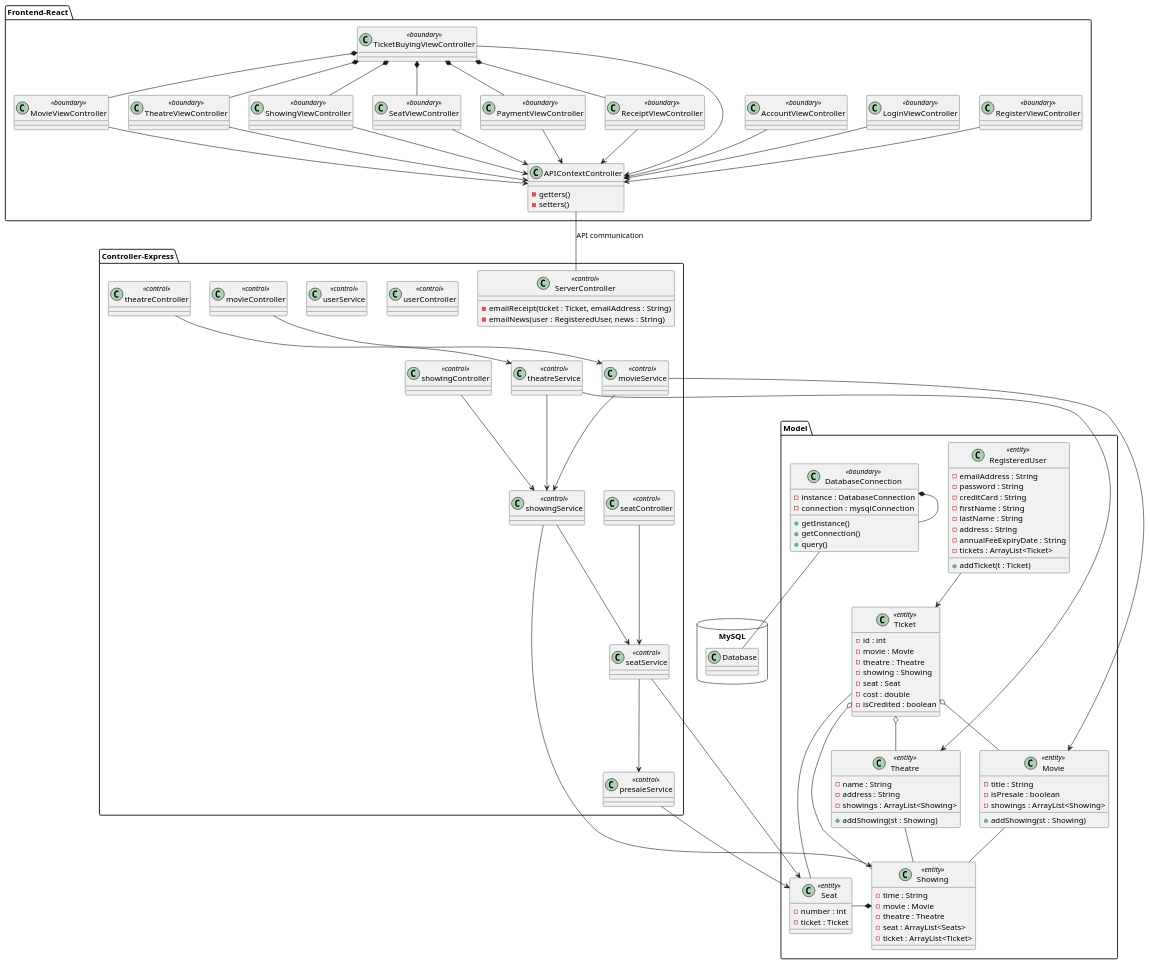
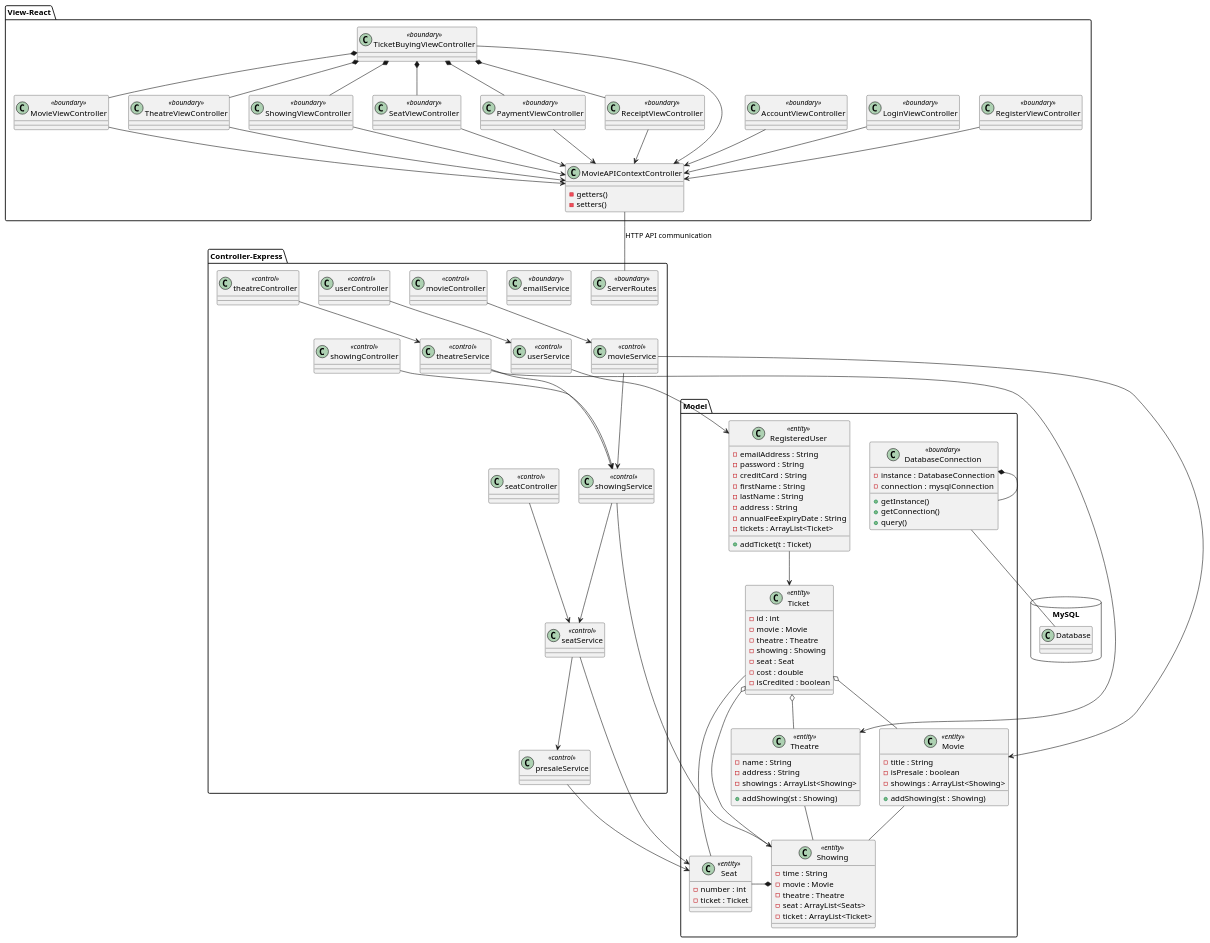
The diagram in DesignDocuments/Diagrams/class_diagram.plantuml (folkg/movie-ticket-reservation-app), drawn with PlantUML before and after one commit. The commit also changed 2 other files, not shown here.

Commit message:
refactor User class, update UML

```diff
--- a/DesignDocuments/Diagrams/class_diagram.plantuml
+++ b/DesignDocuments/Diagrams/class_diagram.plantuml
@@ -1,180 +1,186 @@
 @startuml relationships
 
 package Model {
     class Movie <<entity>> {
         - title : String
         - isPresale : boolean
         - showings : ArrayList<Showing>
         + addShowing(st : Showing)
     }
 
     class Theatre <<entity>> {
         - name : String
         - address : String
         - showings : ArrayList<Showing>
         + addShowing(st : Showing)
     }
 
     class Showing <<entity>> {
         - time : String
         - movie : Movie
         - theatre : Theatre
         - seat : ArrayList<Seats>
         - ticket : ArrayList<Ticket>
     }
 
     class Seat <<entity>> {
         - number : int
         - ticket : Ticket
     }
 
     class Ticket <<entity>> {
         - id : int
         - movie : Movie
         - theatre : Theatre
         - showing : Showing
         - seat : Seat
         - cost : double
         - isCredited : boolean
     }
 
     class RegisteredUser <<entity>> {
         - emailAddress : String
         - password : String
         - creditCard : String
         - firstName : String
         - lastName : String
         - address : String
         - annualFeeExpiryDate : String
         - tickets : ArrayList<Ticket>
         + addTicket(t : Ticket)
     }
 
     class DatabaseConnection <<boundary>> {
         - instance : DatabaseConnection
         - connection :  mysqlConnection
         + getInstance()
         + getConnection()
         + query()
     }
 }
 
-package Frontend-React {
+package View-React {
     class RegisterViewController <<boundary>> {
 
     }
     class LoginViewController <<boundary>> {
 
     }
     class AccountViewController <<boundary>> {
 
     }
     class TicketBuyingViewController <<boundary>> {
 
     }
     class MovieViewController <<boundary>> {
 
     }
     class TheatreViewController <<boundary>> {
 
     }
     class ShowingViewController <<boundary>> {
 
     }
     class SeatViewController <<boundary>> {
 
     }
     class PaymentViewController <<boundary>> {
 
     }
     class ReceiptViewController <<boundary>> {
 
     }
 
-    class APIContextController {
+    class MovieAPIContextController {
         ' add getters and setters
         - getters()
         - setters()
     }
 }
 
 package Controller-Express {
-    class ServerController <<control>> {
-        - emailReceipt(ticket : Ticket, emailAddress : String)
-        - emailNews(user : RegisteredUser, news : String)
-    }
+    class ServerRoutes <<boundary>> {}
+
+    class emailService <<boundary>> {}
 
     class userController <<control>> {}
     class userService <<control>> {}
 
     class seatController <<control>> {}
     class seatService <<control>> {}
 
     class showingController <<control>> {}
     class showingService <<control>> {}
 
     class movieController <<control>> {}
     class movieService <<control>> {}
 
     class theatreController <<control>> {}
     class theatreService <<control>> {}
 
     class presaleService <<control>> {}
 }
 
+' start Relationships betweens client views
 TicketBuyingViewController *-- MovieViewController
 TicketBuyingViewController *-- TheatreViewController
 TicketBuyingViewController *-- ShowingViewController
 TicketBuyingViewController *-- SeatViewController
 TicketBuyingViewController *-- PaymentViewController
 TicketBuyingViewController *-- ReceiptViewController
 
-RegisterViewController --> APIContextController
-LoginViewController --> APIContextController
-AccountViewController --> APIContextController
-TicketBuyingViewController --> APIContextController
-MovieViewController --> APIContextController
-TheatreViewController --> APIContextController
-ShowingViewController --> APIContextController
-SeatViewController --> APIContextController
-PaymentViewController --> APIContextController
-ReceiptViewController --> APIContextController
+RegisterViewController --> MovieAPIContextController
+LoginViewController --> MovieAPIContextController
+AccountViewController --> MovieAPIContextController
+TicketBuyingViewController --> MovieAPIContextController
+MovieViewController --> MovieAPIContextController
+TheatreViewController --> MovieAPIContextController
+ShowingViewController --> MovieAPIContextController
+SeatViewController --> MovieAPIContextController
+PaymentViewController --> MovieAPIContextController
+ReceiptViewController --> MovieAPIContextController
+' end Relationships betweens client views
 
 ' start Relationships betweens controllers/services/models
+userController --> userService
+userService --> RegisteredUser
+
 movieController --> movieService
 movieService --> Movie
 movieService --> showingService
 
 theatreController --> theatreService
 theatreService --> Theatre
 theatreService --> showingService
 
 seatController --> seatService
 seatService --> Seat
 seatService --> presaleService
 presaleService --> Seat
 
 showingController --> showingService
 showingService --> Showing
 showingService --> seatService
 ' --end Relationships betweens controllers/services/models
 
+' -- start Model relastionships
 Movie -- Showing
 Theatre -- Showing
 Showing *-r- Seat
 Ticket o-- Movie
 Ticket o-- Theatre
 Ticket o-- Showing
 Ticket --- Seat
 RegisteredUser --> Ticket
+' -- end Model relastionships
 
 package MySQL <<Database>> {
   class Database
 }
 
 DatabaseConnection *-- DatabaseConnection
 DatabaseConnection -- Database
 
-APIContextController -- ServerController : API communication
+MovieAPIContextController -- ServerRoutes : HTTP API communication
 
 @enduml
```
